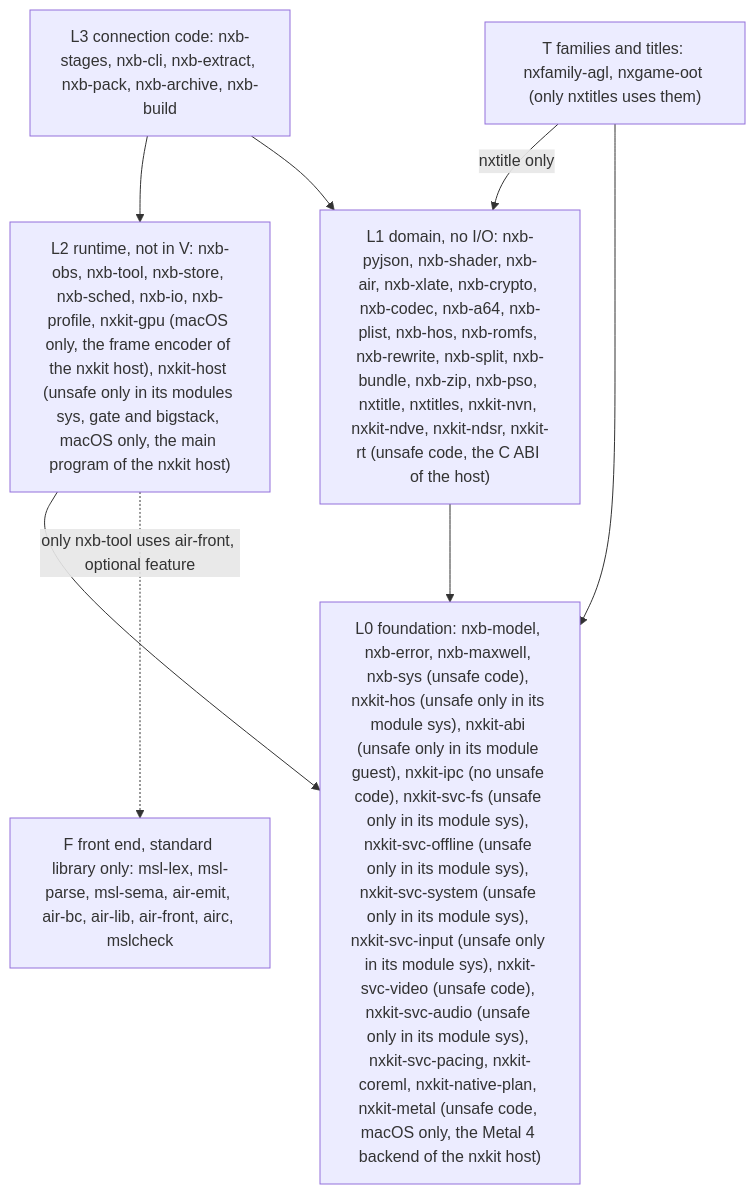
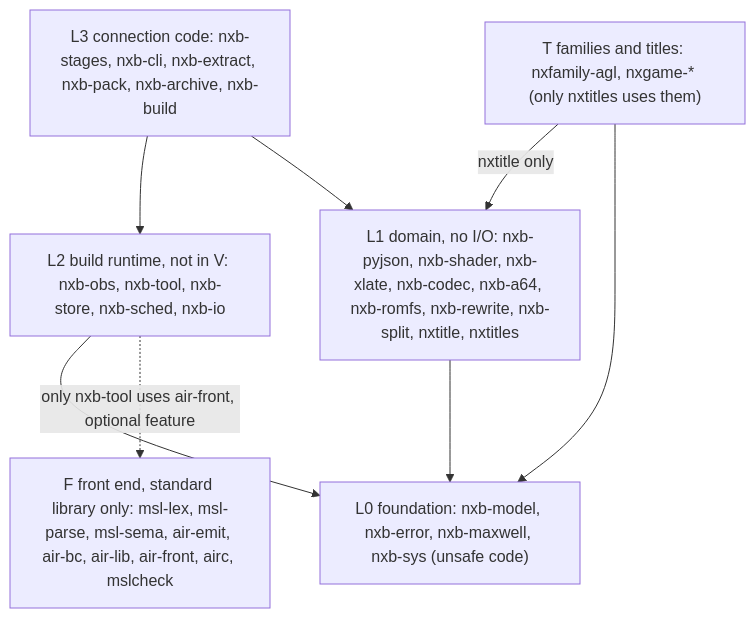
The first of 3 diagrams in docs/architecture.md (b4f8abbb24dbf56a7d0280f296e16eeb/nxkit), drawn with Mermaid before and after one commit. The commit also changed other lines of this file and 1 other file, not shown here.

First line of the commit message:
Docs: target architecture (runtime layers, composition root, module layers, one settings source)

````diff
--- a/docs/architecture.md
+++ b/docs/architecture.md
@@ -19,14 +24,14 @@
 ```mermaid
 flowchart TD
   L3["L3 connection code: nxb-stages, nxb-cli, nxb-extract, nxb-pack, nxb-archive, nxb-build"]
-  L2["L2 runtime, not in V: nxb-obs, nxb-tool, nxb-store, nxb-sched, nxb-io, nxb-profile, nxkit-gpu (macOS only, the frame encoder of the nxkit host), nxkit-host (unsafe only in its modules sys, gate and bigstack, macOS only, the main program of the nxkit host)"]
-  L1["L1 domain, no I/O: nxb-pyjson, nxb-shader, nxb-air, nxb-xlate, nxb-crypto, nxb-codec, nxb-a64, nxb-plist, nxb-hos, nxb-romfs, nxb-rewrite, nxb-split, nxb-bundle, nxb-zip, nxb-pso, nxtitle, nxtitles, nxkit-nvn, nxkit-ndve, nxkit-ndsr, nxkit-rt (unsafe code, the C ABI of the host)"]
-  L0["L0 foundation: nxb-model, nxb-error, nxb-maxwell, nxb-sys (unsafe code), nxkit-hos (unsafe only in its module sys), nxkit-abi (unsafe only in its module guest), nxkit-ipc (no unsafe code), nxkit-svc-fs (unsafe only in its module sys), nxkit-svc-offline (unsafe only in its module sys), nxkit-svc-system (unsafe only in its module sys), nxkit-svc-input (unsafe only in its module sys), nxkit-svc-video (unsafe code), nxkit-svc-audio (unsafe only in its module sys), nxkit-svc-pacing, nxkit-coreml, nxkit-native-plan, nxkit-metal (unsafe code, macOS only, the Metal 4 backend of the nxkit host)"]
-  LT["T families and titles: nxfamily-agl, nxgame-oot (only nxtitles uses them)"]
+  L2["L2 build runtime, not in V: nxb-obs, nxb-tool, nxb-store, nxb-sched, nxb-io"]
+  L1["L1 domain, no I/O: nxb-pyjson, nxb-shader, nxb-xlate, nxb-codec, nxb-a64, nxb-romfs, nxb-rewrite, nxb-split, nxtitle, nxtitles"]
+  L0["L0 foundation: nxb-model, nxb-error, nxb-maxwell, nxb-sys (unsafe code)"]
+  LT["T families and titles: nxfamily-agl, nxgame-* (only nxtitles uses them)"]
   LF["F front end, standard library only: msl-lex, msl-parse, msl-sema, air-emit, air-bc, air-lib, air-front, airc, mslcheck"]
   L3 --> L2 --> L0
   L3 --> L1 --> L0
   LT -->|nxtitle only| L1
   LT --> L0
   L2 -.->|only nxb-tool uses air-front, optional feature| LF
 ```
````
